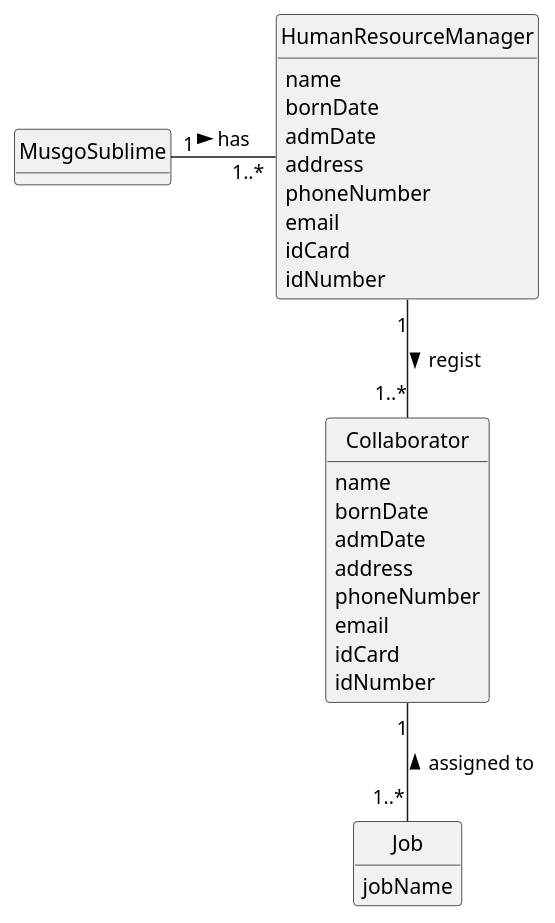
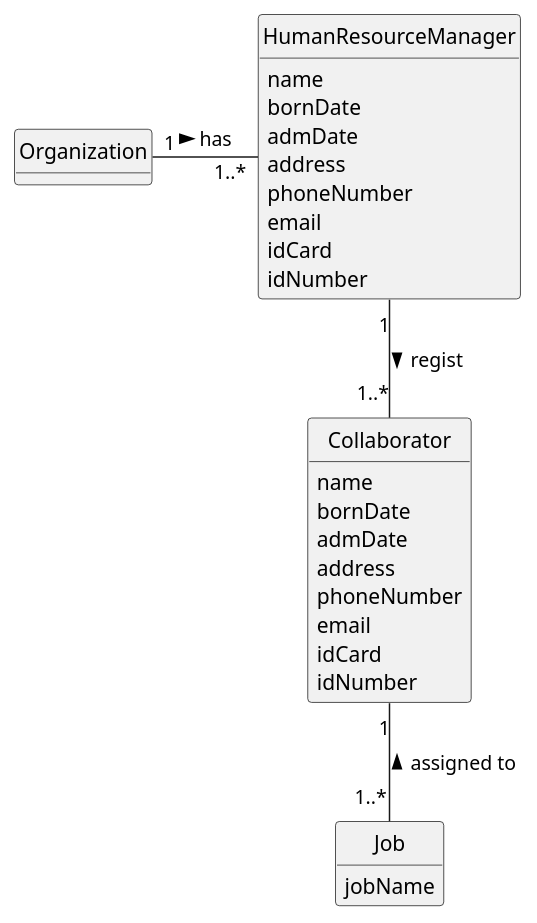
Before and after one commit to 1231360-ISEP/lei-24-s2-1db-g021: the diagram in docs/sprintA/us003/02.analysis/puml/us003-domain-model.puml, drawn with PlantUML. The commit also changed 7 other files, not shown here.

```diff
--- a/docs/sprintA/us003/02.analysis/puml/us003-domain-model.puml
+++ b/docs/sprintA/us003/02.analysis/puml/us003-domain-model.puml
@@ -1,43 +1,43 @@
 @startuml
 skinparam monochrome true
 skinparam packageStyle rectangle
 skinparam shadowing false
 
 skinparam classAttributeIconSize 0
 
 hide circle
 hide methods
 
-class MusgoSublime {
+class Organization {
 }
 
 class HumanResourceManager {
     name
     bornDate
     admDate
     address
     phoneNumber
     email
     idCard
     idNumber
 }
 
 class Collaborator {
     name
     bornDate
     admDate
     address
     phoneNumber
     email
     idCard
     idNumber
 }
 
 class Job {
     jobName
 }
 
-MusgoSublime "1" - "1..*" HumanResourceManager: has >
+Organization "1" - "1..*" HumanResourceManager: has >
 HumanResourceManager "1" -- "1..*" Collaborator : regist >
 Collaborator "1" -- "1..*" Job : assigned to <
 @enduml
```
